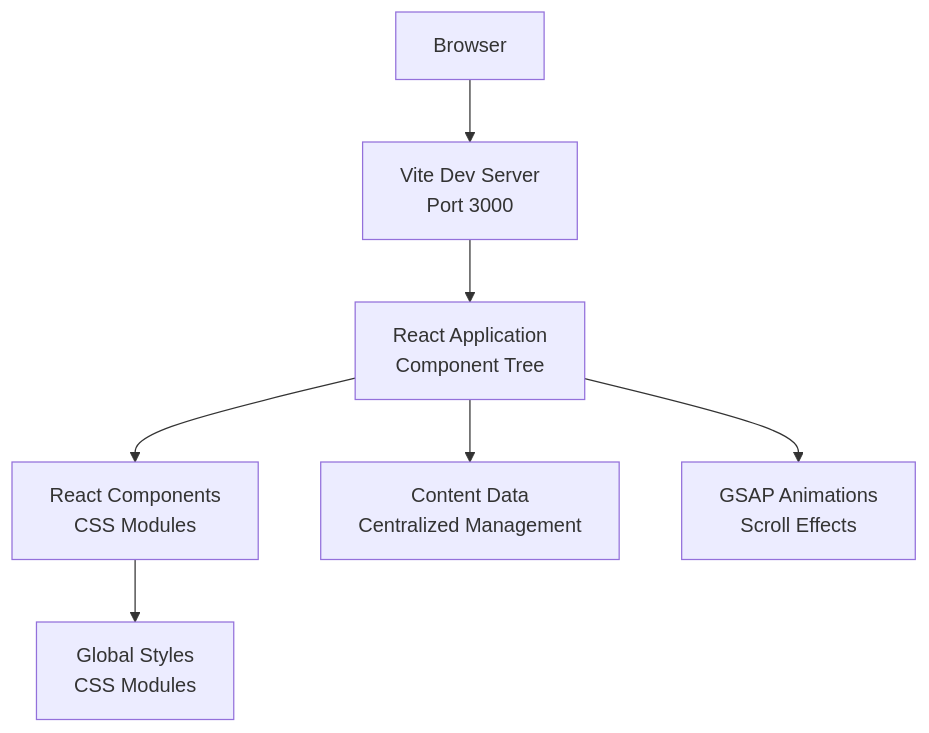
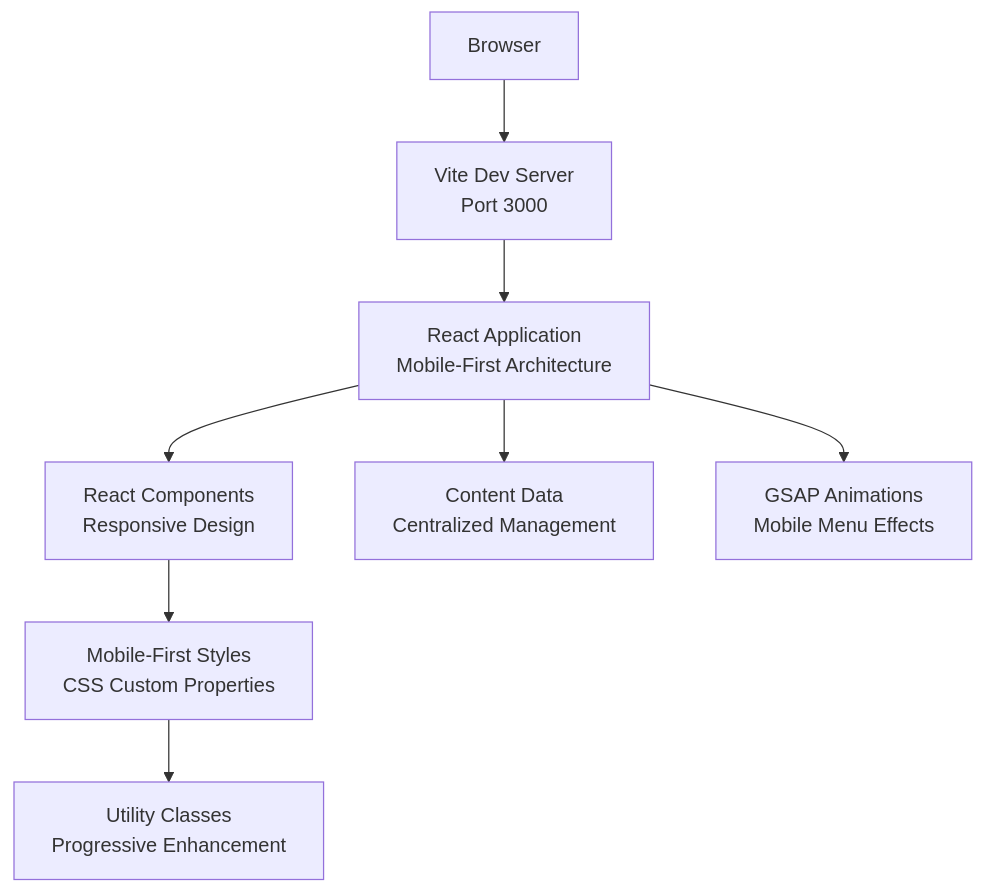
One commit to rakeshmaity271/frankie-picasso changed the second of 14 diagrams in .qoder/repowiki/en/content/Application Architecture.md. Above: the diagram before and after it, drawn with Mermaid. The commit also changed other lines of this file and 27 other files, not shown here.

Commit message:
Update components, styles, add SectionIndicator component

````diff
--- a/.qoder/repowiki/en/content/Application Architecture.md
+++ b/.qoder/repowiki/en/content/Application Architecture.md
@@ -128,16 +150,18 @@
 ```mermaid
 graph TB
 Browser["Browser"]
 ViteDev["Vite Dev Server<br/>Port 3000"]
-ReactApp["React Application<br/>Component Tree"]
-Components["React Components<br/>CSS Modules"]
+ReactApp["React Application<br/>Mobile-First Architecture"]
+Components["React Components<br/>Responsive Design"]
 Content["Content Data<br/>Centralized Management"]
-Animations["GSAP Animations<br/>Scroll Effects"]
-Styles["Global Styles<br/>CSS Modules"]
+Animations["GSAP Animations<br/>Mobile Menu Effects"]
+Styles["Mobile-First Styles<br/>CSS Custom Properties"]
+Utilities["Utility Classes<br/>Progressive Enhancement"]
 Browser --> ViteDev
 ViteDev --> ReactApp
 ReactApp --> Components
 ReactApp --> Content
 ReactApp --> Animations
 Components --> Styles
+Styles --> Utilities
 ```
````
